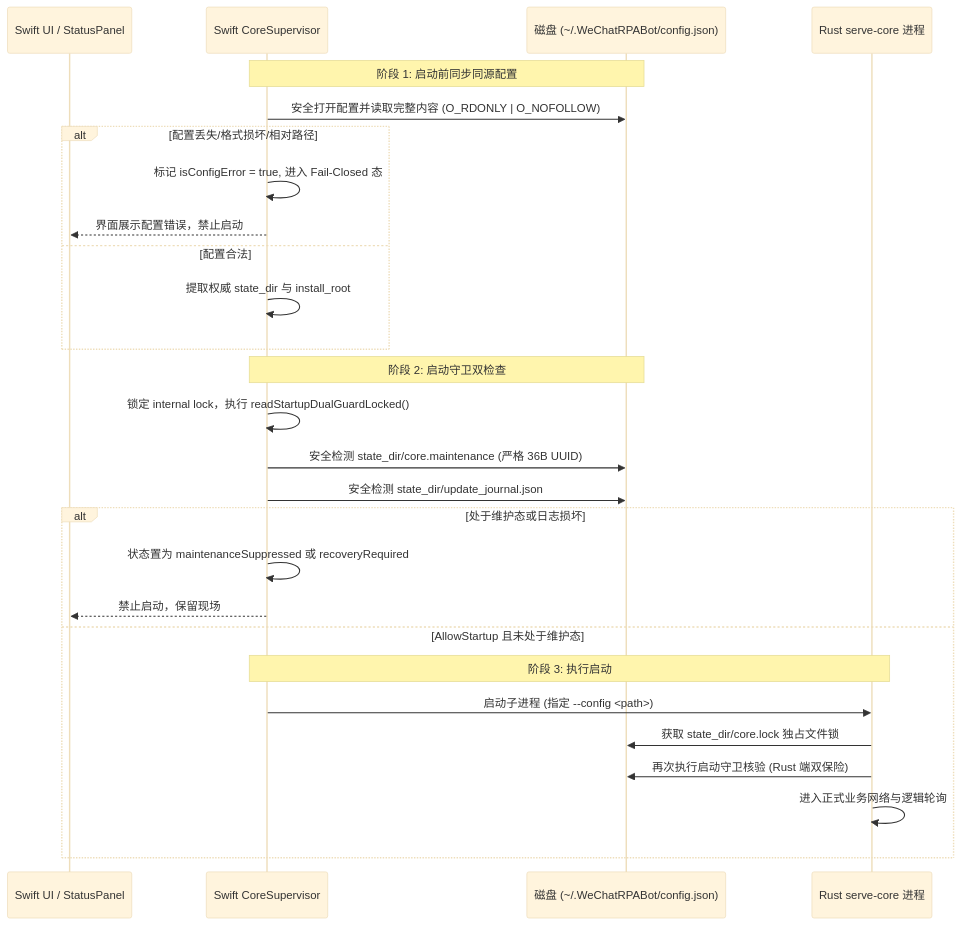
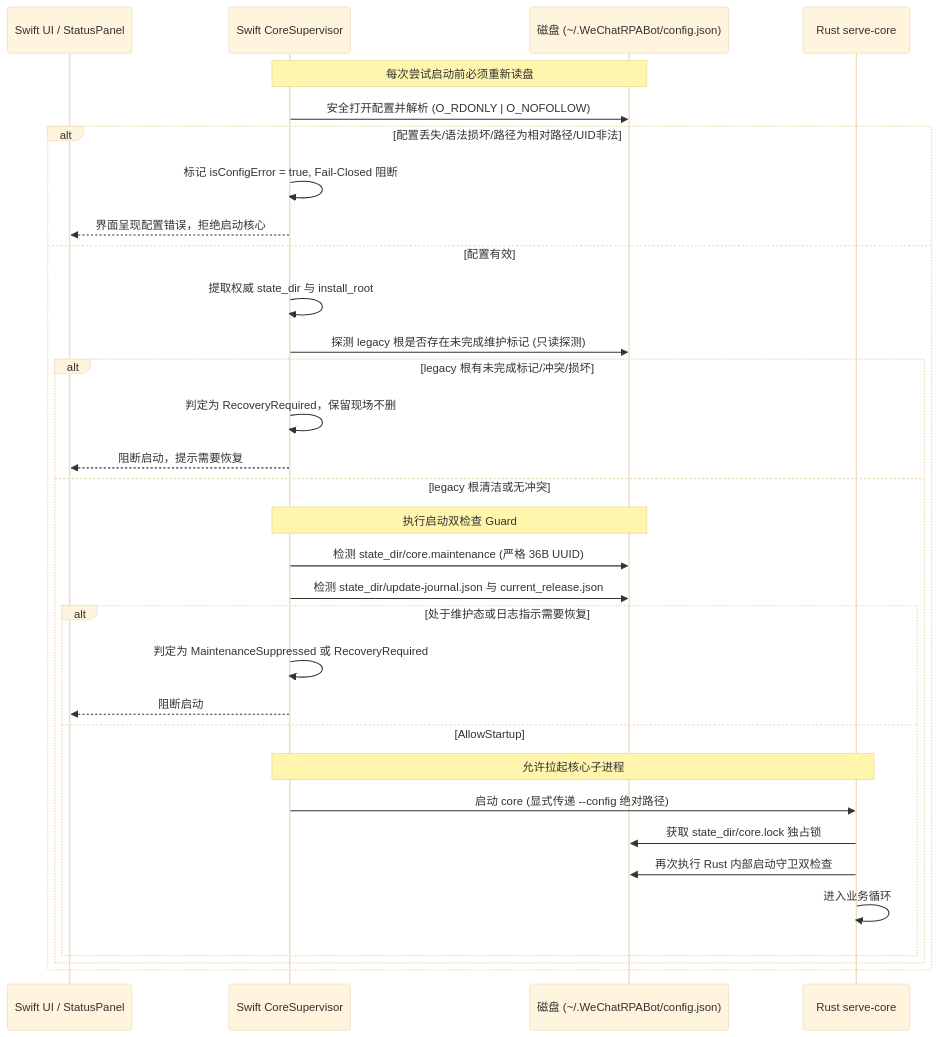
Before and after one commit to haohao-ui/wechat-mcp: the diagram in docs/design/2026-11-11-trusted-update-paths.md, drawn with Mermaid (base theme). The commit also changed other lines of this file, not shown here.

Commit message:
docs(design): 根据协调者裁定修正事实错误(保留update-journal.json/统一state_dir/现有record契约)

````diff
--- a/docs/design/2026-11-11-trusted-update-paths.md
+++ b/docs/design/2026-11-11-trusted-update-paths.md
@@ -97,31 +67,35 @@
 ```mermaid
 sequenceDiagram
     participant UI as Swift UI / StatusPanel
     participant Sup as Swift CoreSupervisor
     participant Dsk as 磁盘 (~/.WeChatRPABot/config.json)
-    participant Core as Rust serve-core 进程
+    participant Core as Rust serve-core
 
-    Note over Sup,Dsk: 阶段 1: 启动前同步同源配置
-    Sup->>Dsk: 安全打开配置并读取完整内容 (O_RDONLY | O_NOFOLLOW)
-    alt 配置丢失/格式损坏/相对路径
-        Sup->>Sup: 标记 isConfigError = true, 进入 Fail-Closed 态
-        Sup-->>UI: 界面展示配置错误，禁止启动
-    else 配置合法
+    Note over Sup,Dsk: 每次尝试启动前必须重新读盘
+    Sup->>Dsk: 安全打开配置并解析 (O_RDONLY | O_NOFOLLOW)
+    alt 配置丢失/语法损坏/路径为相对路径/UID非法
+        Sup->>Sup: 标记 isConfigError = true, Fail-Closed 阻断
+        Sup-->>UI: 界面呈现配置错误，拒绝启动核心
+    else 配置有效
         Sup->>Sup: 提取权威 state_dir 与 install_root
-    end
-
-    Note over Sup,Dsk: 阶段 2: 启动守卫双检查
-    Sup->>Sup: 锁定 internal lock，执行 readStartupDualGuardLocked()
-    Sup->>Dsk: 安全检测 state_dir/core.maintenance (严格 36B UUID)
-    Sup->>Dsk: 安全检测 state_dir/update_journal.json
-    alt 处于维护态或日志损坏
-        Sup->>Sup: 状态置为 maintenanceSuppressed 或 recoveryRequired
-        Sup-->>UI: 禁止启动，保留现场
-    else AllowStartup 且未处于维护态
-        Note over Sup,Core: 阶段 3: 执行启动
-        Sup->>Core: 启动子进程 (指定 --config <path>)
-        Core->>Dsk: 获取 state_dir/core.lock 独占文件锁
-        Core->>Dsk: 再次执行启动守卫核验 (Rust 端双保险)
-        Core->>Core: 进入正式业务网络与逻辑轮询
+        Sup->>Dsk: 探测 legacy 根是否存在未完成维护标记 (只读探测)
+        alt legacy 根有未完成标记/冲突/损坏
+            Sup->>Sup: 判定为 RecoveryRequired，保留现场不删
+            Sup-->>UI: 阻断启动，提示需要恢复
+        else legacy 根清洁或无冲突
+            Note over Sup,Dsk: 执行启动双检查 Guard
+            Sup->>Dsk: 检测 state_dir/core.maintenance (严格 36B UUID)
+            Sup->>Dsk: 检测 state_dir/update-journal.json 与 current_release.json
+            alt 处于维护态或日志指示需要恢复
+                Sup->>Sup: 判定为 MaintenanceSuppressed 或 RecoveryRequired
+                Sup-->>UI: 阻断启动
+            else AllowStartup
+                Note over Sup,Core: 允许拉起核心子进程
+                Sup->>Core: 启动 core (显式传递 --config 绝对路径)
+                Core->>Dsk: 获取 state_dir/core.lock 独占锁
+                Core->>Dsk: 再次执行 Rust 内部启动守卫双检查
+                Core->>Core: 进入业务循环
+            end
+        end
     end
 ```
````
